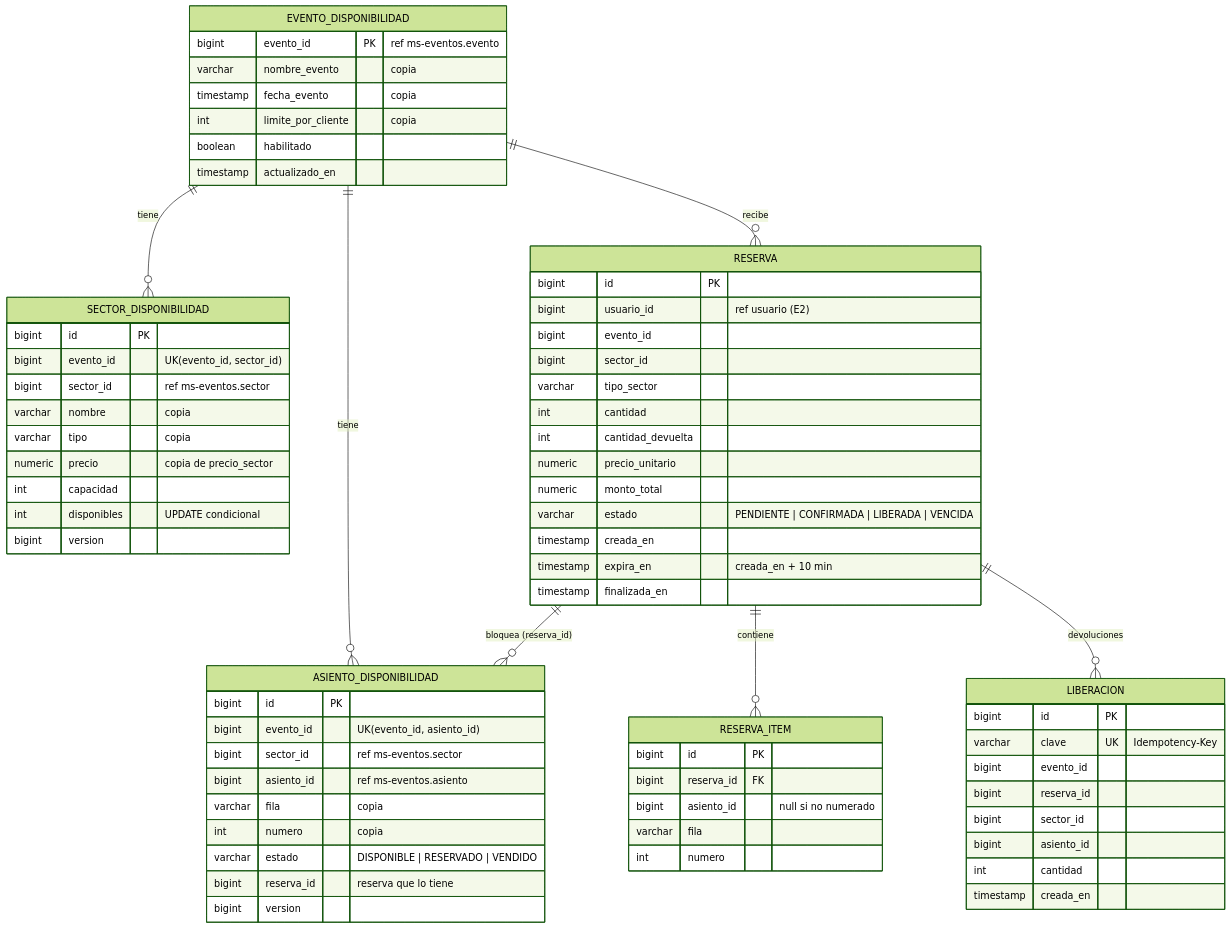
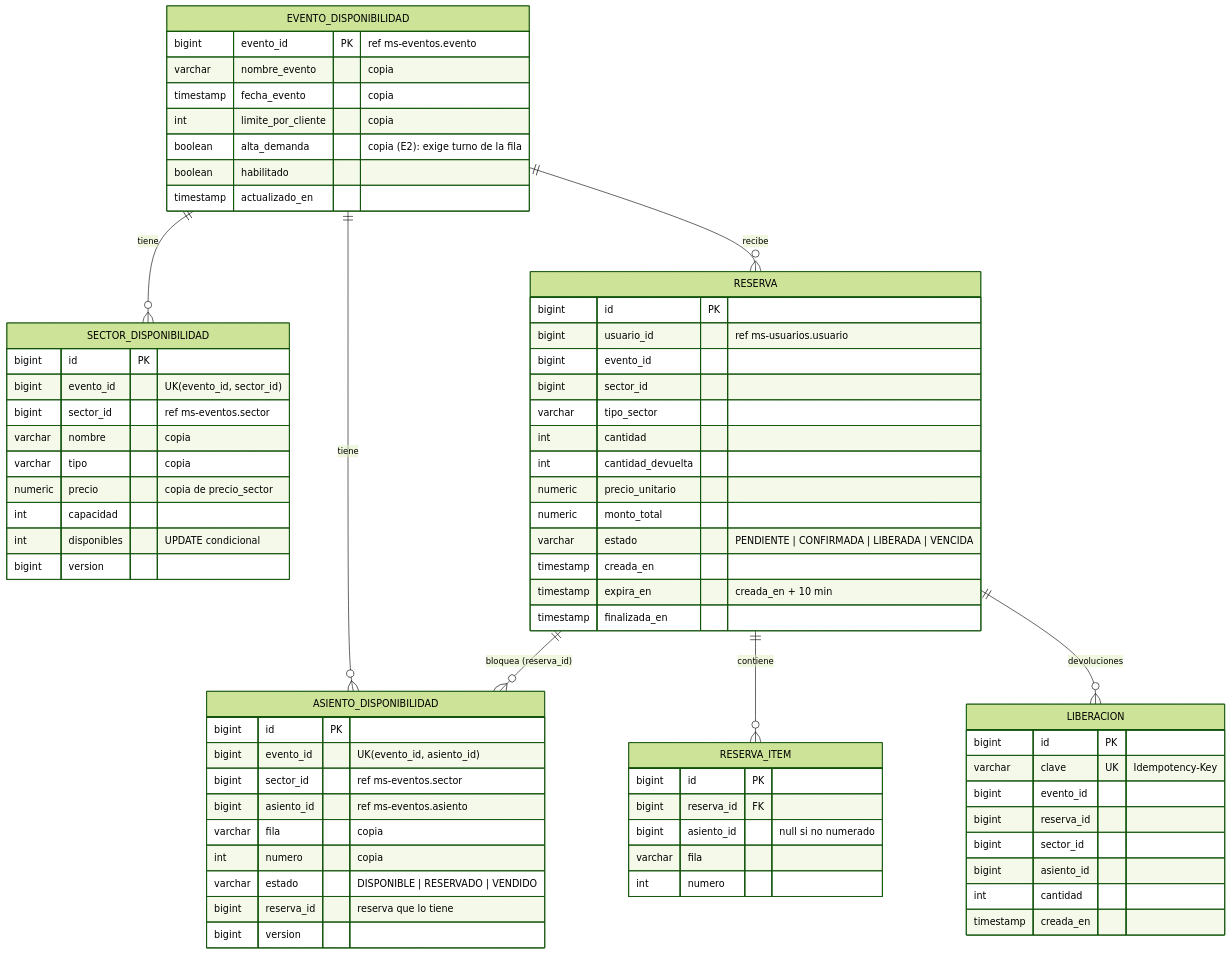
One commit to parasuco-santi/Arquitectura-Web changed the second of 8 diagrams in docs/03-modelo-de-datos.md. Above: the diagram before and after it, drawn with Mermaid (forest theme). The commit also changed other lines of this file and 6 other files, not shown here.

````diff
--- a/docs/03-modelo-de-datos.md
+++ b/docs/03-modelo-de-datos.md
@@ -73,72 +86,73 @@
 ```mermaid
 erDiagram
     EVENTO_DISPONIBILIDAD ||--o{ SECTOR_DISPONIBILIDAD : tiene
     EVENTO_DISPONIBILIDAD ||--o{ ASIENTO_DISPONIBILIDAD : tiene
     EVENTO_DISPONIBILIDAD ||--o{ RESERVA : recibe
     RESERVA ||--o{ RESERVA_ITEM : contiene
     RESERVA ||--o{ ASIENTO_DISPONIBILIDAD : "bloquea (reserva_id)"
     RESERVA ||--o{ LIBERACION : "devoluciones"
 
     EVENTO_DISPONIBILIDAD {
         bigint evento_id PK "ref ms-eventos.evento"
         varchar nombre_evento "copia"
         timestamp fecha_evento "copia"
         int limite_por_cliente "copia"
+        boolean alta_demanda "copia (E2): exige turno de la fila"
         boolean habilitado
         timestamp actualizado_en
     }
     SECTOR_DISPONIBILIDAD {
         bigint id PK
         bigint evento_id "UK(evento_id, sector_id)"
         bigint sector_id "ref ms-eventos.sector"
         varchar nombre "copia"
         varchar tipo "copia"
         numeric precio "copia de precio_sector"
         int capacidad
         int disponibles "UPDATE condicional"
         bigint version
     }
     ASIENTO_DISPONIBILIDAD {
         bigint id PK
         bigint evento_id "UK(evento_id, asiento_id)"
         bigint sector_id "ref ms-eventos.sector"
         bigint asiento_id "ref ms-eventos.asiento"
         varchar fila "copia"
         int numero "copia"
         varchar estado "DISPONIBLE | RESERVADO | VENDIDO"
         bigint reserva_id "reserva que lo tiene"
         bigint version
     }
     RESERVA {
         bigint id PK
-        bigint usuario_id "ref usuario (E2)"
+        bigint usuario_id "ref ms-usuarios.usuario"
         bigint evento_id
         bigint sector_id
         varchar tipo_sector
         int cantidad
         int cantidad_devuelta
         numeric precio_unitario
         numeric monto_total
         varchar estado "PENDIENTE | CONFIRMADA | LIBERADA | VENCIDA"
         timestamp creada_en
         timestamp expira_en "creada_en + 10 min"
         timestamp finalizada_en
     }
     RESERVA_ITEM {
         bigint id PK
         bigint reserva_id FK
         bigint asiento_id "null si no numerado"
         varchar fila
         int numero
     }
     LIBERACION {
         bigint id PK
         varchar clave UK "Idempotency-Key"
         bigint evento_id
         bigint reserva_id
         bigint sector_id
         bigint asiento_id
         int cantidad
         timestamp creada_en
     }
 ```
````
